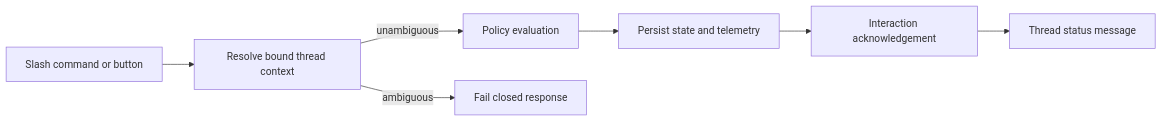
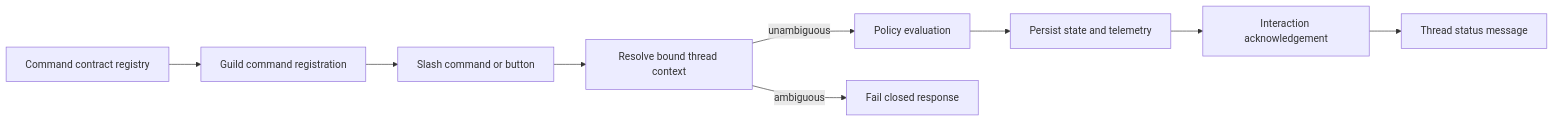
The diagram in packages/discord/README.md (VannaDii/ironloom), drawn with Mermaid before and after one commit. The commit also changed other lines of this file and 18 other files, not shown here.

````diff
--- a/packages/discord/README.md
+++ b/packages/discord/README.md
@@ -16,9 +18,11 @@
 ```mermaid
 flowchart LR
-  Command[Slash command or button] --> Binding[Resolve bound thread context]
+  Contract[Command contract registry] --> Register[Guild command registration]
+  Register --> Command[Slash command or button]
+  Command --> Binding[Resolve bound thread context]
   Binding -->|unambiguous| Policy[Policy evaluation]
   Binding -->|ambiguous| Deny[Fail closed response]
   Policy --> State[Persist state and telemetry]
   State --> Response[Interaction acknowledgement]
   Response --> Thread[Thread status message]
 ```
````
